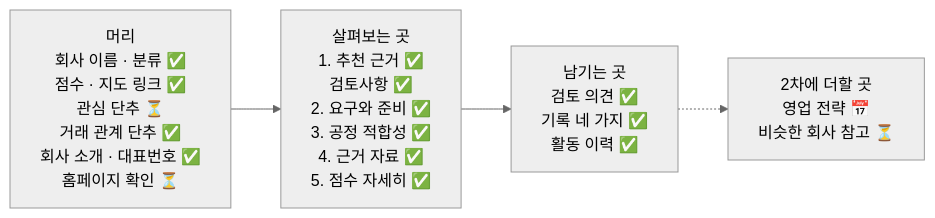
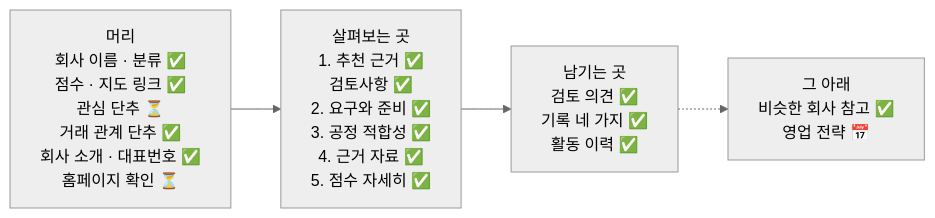
The fourth of 4 diagrams in docs/map/feature-map.md (agent-ddalgi-team/final-geosan), drawn with Mermaid (neutral theme) before and after one commit. The commit also changed other lines of this file and 5 other files, not shown here.

````diff
--- a/docs/map/feature-map.md
+++ b/docs/map/feature-map.md
@@ -150,9 +150,9 @@
 ```mermaid
 flowchart LR
     H["머리<br/>회사 이름 · 분류 ✅<br/>점수 · 지도 링크 ✅<br/>관심 단추 ⏳<br/>거래 관계 단추 ✅<br/>회사 소개 · 대표번호 ✅<br/>홈페이지 확인 ⏳"]
     R["살펴보는 곳<br/>1. 추천 근거 ✅<br/>검토사항 ✅<br/>2. 요구와 준비 ✅<br/>3. 공정 적합성 ✅<br/>4. 근거 자료 ✅<br/>5. 점수 자세히 ✅"]
     W["남기는 곳<br/>검토 의견 ✅<br/>기록 네 가지 ✅<br/>활동 이력 ✅"]
-    K["2차에 더할 곳<br/>영업 전략 📅<br/>비슷한 회사 참고 ⏳"]
+    K["그 아래<br/>비슷한 회사 참고 ✅<br/>영업 전략 📅"]
     H --> R --> W
     W -.-> K
 ```
````
